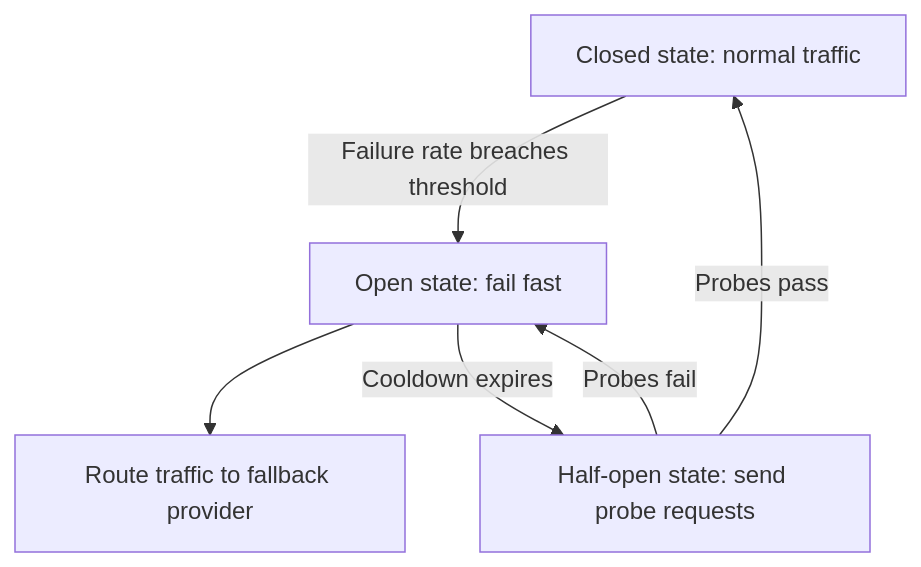
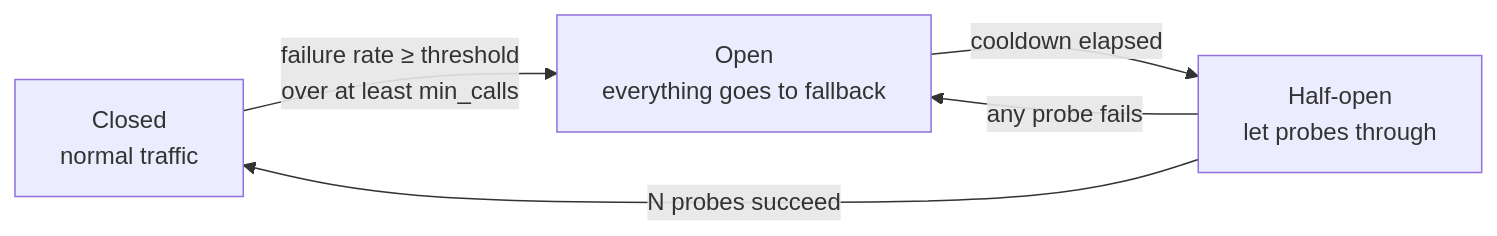
Before and after one commit to PrajwalAmte/AI-Engineering-Patterns: the diagram in content/patterns/reliability/circuit-breaker.md, drawn with Mermaid. The commit also changed other lines of this file and 190 other files, not shown here.

```diff
--- a/content/patterns/reliability/circuit-breaker.md
+++ b/content/patterns/reliability/circuit-breaker.md
@@ -35,8 +32,7 @@
 <pre class="mermaid">
-flowchart TD
-    A["Closed state: normal traffic"] -->|"Failure rate breaches threshold"| B["Open state: fail fast"]
-    B --> C["Route traffic to fallback provider"]
-    B -->|"Cooldown expires"| D["Half-open state: send probe requests"]
-    D -->|"Probes pass"| A
-    D -->|"Probes fail"| B
+flowchart LR
+    C["Closed<br/>normal traffic"] -->|"failure rate ≥ threshold<br/>over at least min_calls"| O["Open<br/>everything goes to fallback"]
+    O -->|"cooldown elapsed"| H["Half-open<br/>let probes through"]
+    H -->|"N probes succeed"| C
+    H -->|"any probe fails"| O
 </pre>
```
